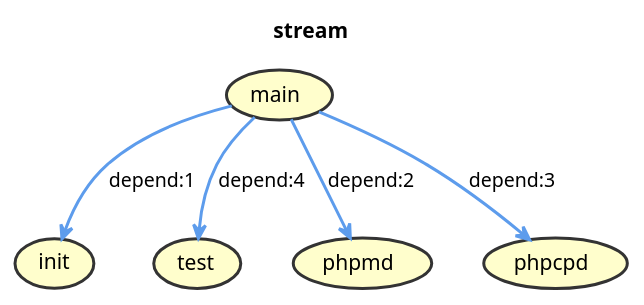
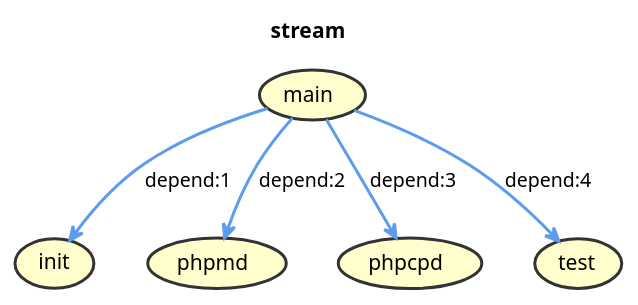
One commit to jawira/phing-visualizer changed the diagram in resources/puml/gist-mapserver2007.puml. Above: the diagram before and after it, drawn with PlantUML. The commit also changed other lines of this file and 8 other files, not shown here.

```diff
--- a/resources/puml/gist-mapserver2007.puml
+++ b/resources/puml/gist-mapserver2007.puml
@@ -1,21 +1,21 @@
 @startuml
 title stream
 skinparam ArrowFontColor Black
 skinparam ArrowThickness 2
 skinparam UseCaseBackgroundColor #FFFECC
 skinparam UseCaseBorderColor #333333
 skinparam UseCaseBorderThickness 2
 skinparam UseCaseFontColor Black
 
+(main)-[#5D9CEC]->(init) : depend:1
+(main)-[#5D9CEC]->(phpmd) : depend:2
+(main)-[#5D9CEC]->(phpcpd) : depend:3
+(main)-[#5D9CEC]->(test) : depend:4
+
 (main)
 (init)
 (test)
 (phpmd)
 (phpcpd)
 
-(main)-[#5D9CEC]->(init) : depend:1
-(main)-[#5D9CEC]->(phpmd) : depend:2
-(main)-[#5D9CEC]->(phpcpd) : depend:3
-(main)-[#5D9CEC]->(test) : depend:4
-
 @enduml
```
